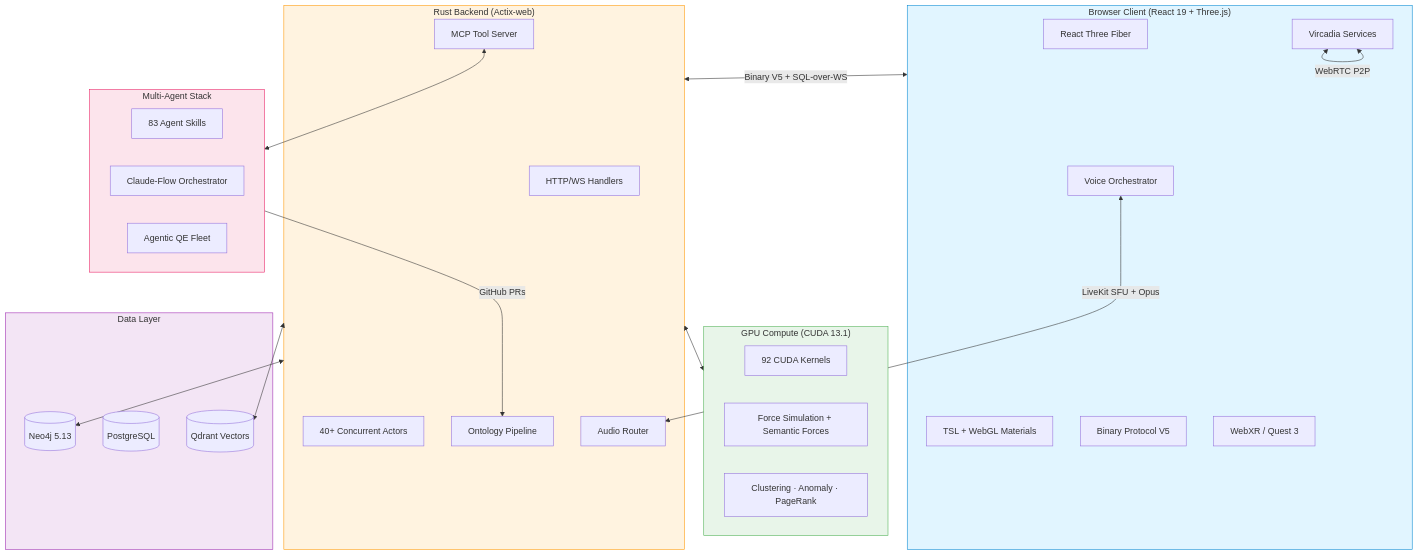
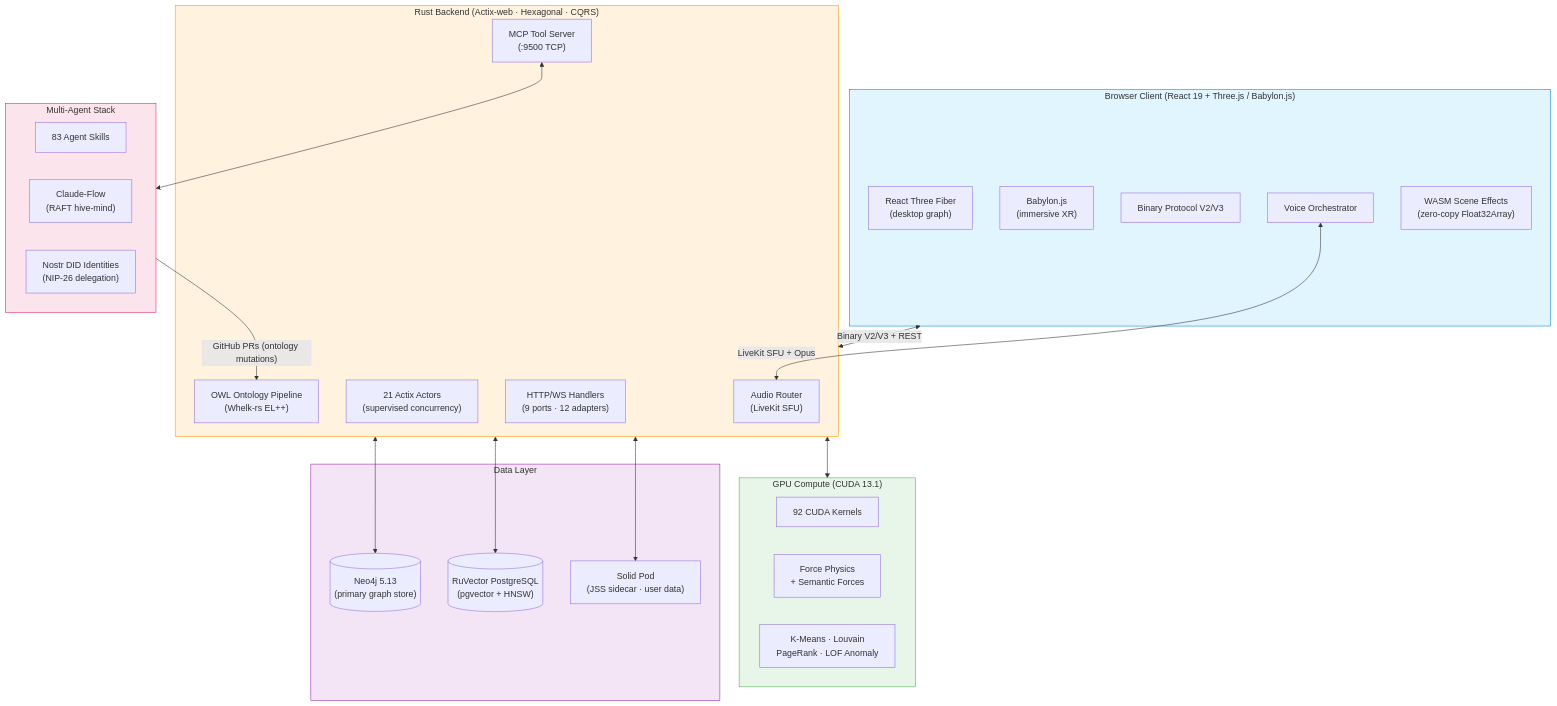
One commit to shaneholloman/logseq-spring-thing changed the fourth of 5 diagrams in README.md. Above: the diagram before and after it, drawn with Mermaid. The commit also changed other lines of this file, not shown here.

````diff
--- a/README.md
+++ b/README.md
@@ -393,52 +437,51 @@
 ```mermaid
 flowchart TB
-    subgraph Client["Browser Client (React 19 + Three.js)"]
-        R3F["React Three Fiber"]
-        Materials["TSL + WebGL Materials"]
-        BinProto["Binary Protocol V5"]
+    subgraph Client["Browser Client (React 19 + Three.js / Babylon.js)"]
+        R3F["React Three Fiber\n(desktop graph)"]
+        BabylonXR["Babylon.js\n(immersive XR)"]
+        BinProto["Binary Protocol V2/V3"]
         Voice["Voice Orchestrator"]
-        XR["WebXR / Quest 3"]
-        Vircadia["Vircadia Services"]
+        WasmFX["WASM Scene Effects\n(zero-copy Float32Array)"]
     end
 
-    subgraph Server["Rust Backend (Actix-web)"]
-        Handlers["HTTP/WS Handlers"]
-        Actors["40+ Concurrent Actors"]
-        Services["Ontology Pipeline"]
-        AudioRouter["Audio Router"]
-        MCP["MCP Tool Server"]
+    subgraph Server["Rust Backend (Actix-web · Hexagonal · CQRS)"]
+        Handlers["HTTP/WS Handlers\n(9 ports · 12 adapters)"]
+        Actors["21 Actix Actors\n(supervised concurrency)"]
+        Services["OWL Ontology Pipeline\n(Whelk-rs EL++)"]
+        AudioRouter["Audio Router\n(LiveKit SFU)"]
+        MCP["MCP Tool Server\n(:9500 TCP)"]
     end
 
     subgraph Data["Data Layer"]
-        Neo4j[(Neo4j 5.13)]
-        PG[(PostgreSQL)]
-        Qdrant[(Qdrant Vectors)]
+        Neo4j[("Neo4j 5.13\n(primary graph store)")]
+        RuVector[("RuVector PostgreSQL\n(pgvector + HNSW)")]
+        Solid["Solid Pod\n(JSS sidecar · user data)"]
     end
 
     subgraph GPU["GPU Compute (CUDA 13.1)"]
         Kernels["92 CUDA Kernels"]
-        Physics["Force Simulation + Semantic Forces"]
-        Analytics["Clustering · Anomaly · PageRank"]
+        Physics["Force Physics\n+ Semantic Forces"]
+        Analytics["K-Means · Louvain\nPageRank · LOF Anomaly"]
     end
 
     subgraph Agents["Multi-Agent Stack"]
         Skills["83 Agent Skills"]
-        ClaudeFlow["Claude-Flow Orchestrator"]
-        AgenticQE["Agentic QE Fleet"]
+        ClaudeFlow["Claude-Flow\n(RAFT hive-mind)"]
+        NostrDID["Nostr DID Identities\n(NIP-26 delegation)"]
     end
 
-    Client <-->|"Binary V5 + SQL-over-WS"| Server
+    Client <-->|"Binary V2/V3 + REST"| Server
     Voice <-->|"LiveKit SFU + Opus"| AudioRouter
-    Vircadia <-->|"WebRTC P2P"| Vircadia
     Server <--> Neo4j
-    Server <--> Qdrant
+    Server <--> RuVector
+    Server <--> Solid
     Server <--> GPU
     MCP <--> Agents
-    Agents -->|"GitHub PRs"| Services
+    Agents -->|"GitHub PRs (ontology mutations)"| Services
 
     style Client fill:#e1f5ff,stroke:#0288d1
     style Server fill:#fff3e0,stroke:#ff9800
     style Data fill:#f3e5f5,stroke:#9c27b0
     style GPU fill:#e8f5e9,stroke:#4caf50
     style Agents fill:#fce4ec,stroke:#e91e63
 ```
````
